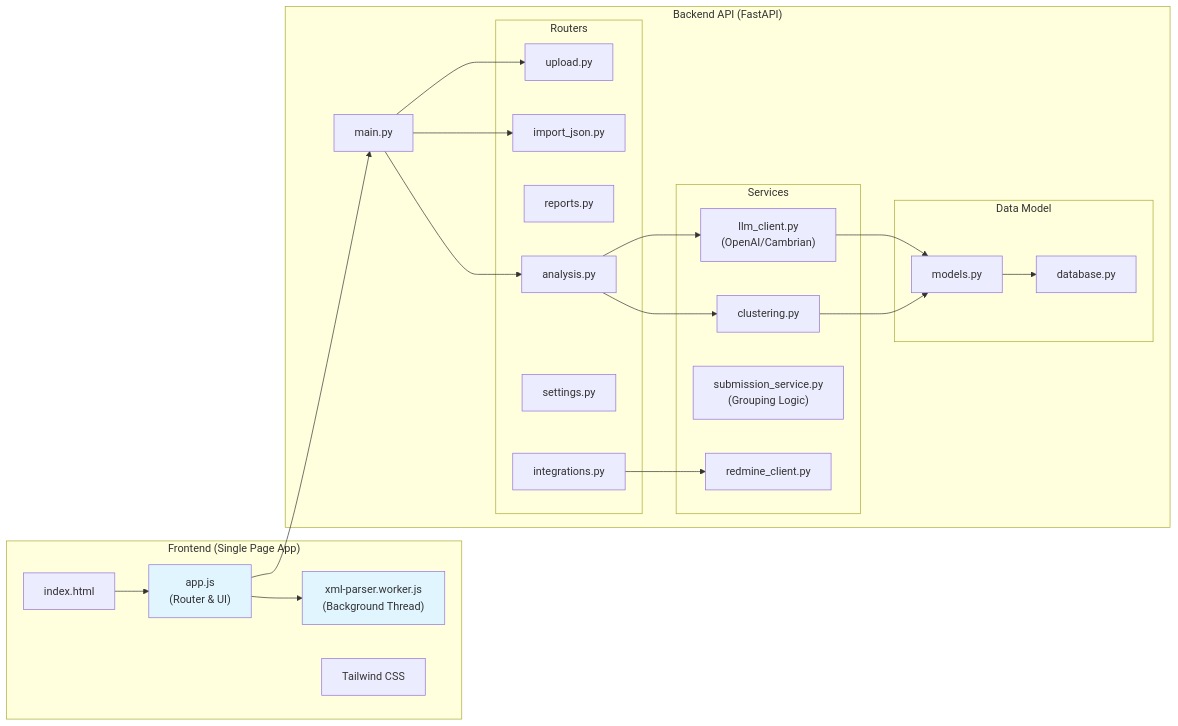
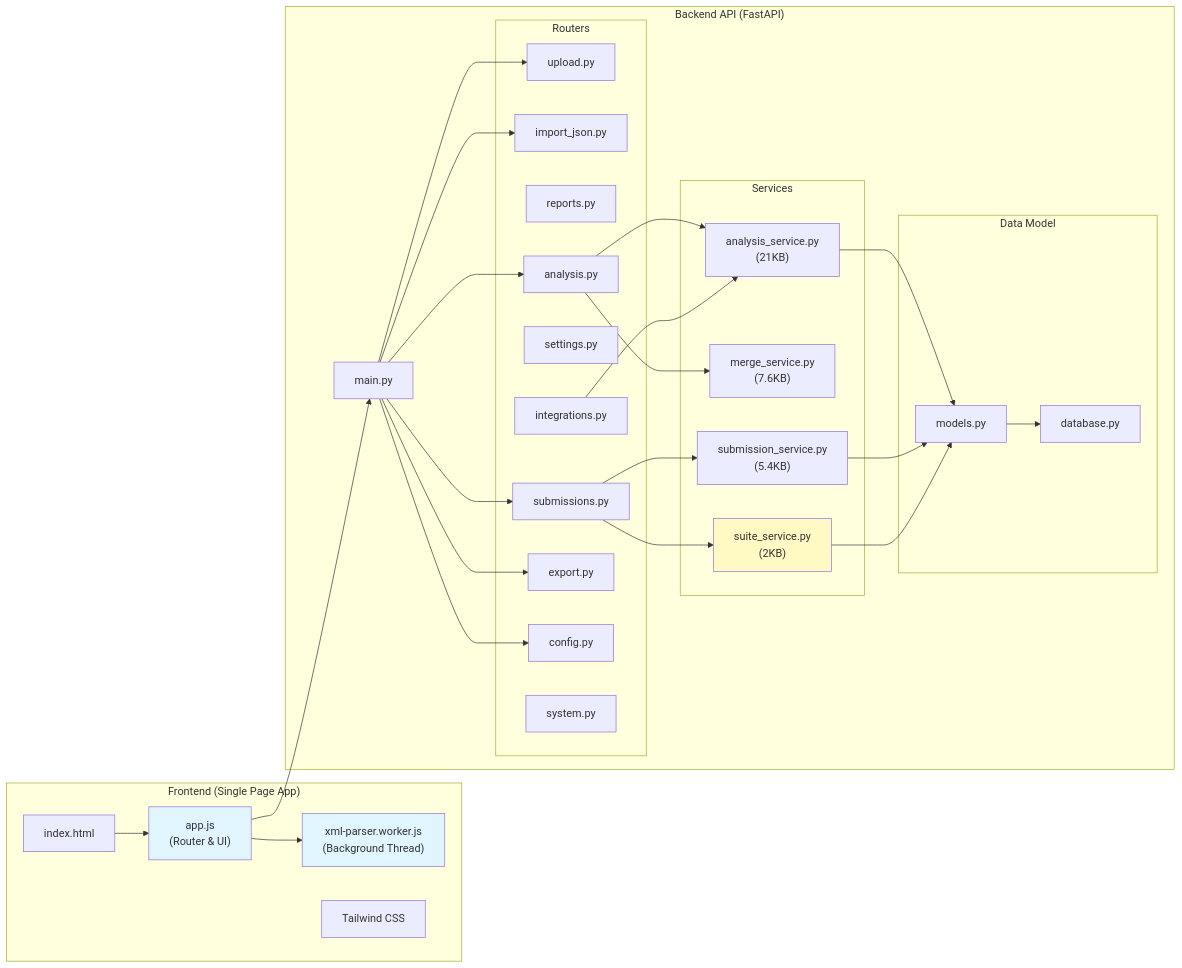
The second of 6 diagrams in docs/ARCHITECTURE.md (seen0722/GMS-helper), drawn with Mermaid before and after one commit. The commit also changed other lines of this file and 24 other files, not shown here.

````diff
--- a/docs/ARCHITECTURE.md
+++ b/docs/ARCHITECTURE.md
@@ -75,53 +84,64 @@
 ```mermaid
 graph LR
     subgraph "Frontend (Single Page App)"
         HTML["index.html"]
         JS["app.js<br/>(Router & UI)"]
         Worker["xml-parser.worker.js<br/>(Background Thread)"]
         CSS["Tailwind CSS"]
     end
     
     subgraph "Backend API (FastAPI)"
         Main["main.py"]
         
         subgraph "Routers"
             UploadRouter["upload.py"]
             ImportRouter["import_json.py"]
             ReportsRouter["reports.py"]
             AnalysisRouter["analysis.py"]
             SettingsRouter["settings.py"]
             IntegrationsRouter["integrations.py"]
+            SubmissionsRouter["submissions.py"]
+            ExportRouter["export.py"]
+            ConfigRouter["config.py"]
+            SystemRouter["system.py"]
         end
         
         subgraph "Services"
-            LLMClient["llm_client.py<br/>(OpenAI/Cambrian)"]
-            ClusterEngine["clustering.py"]
-            SubmissionService["submission_service.py<br/>(Grouping Logic)"]
-            RedmineClient["redmine_client.py"]
+            AnalysisService["analysis_service.py<br/>(21KB)"]
+            MergeService["merge_service.py<br/>(7.6KB)"]
+            SubmissionService["submission_service.py<br/>(5.4KB)"]
+            SuiteService["suite_service.py<br/>(2KB)"]
         end
         
         subgraph "Data Model"
             Models["models.py"]
             Database["database.py"]
         end
     end
     
     HTML --> JS
     JS --> Worker
     JS --> Main
     
     Main --> UploadRouter
     Main --> ImportRouter
     Main --> AnalysisRouter
+    Main --> SubmissionsRouter
+    Main --> ExportRouter
+    Main --> ConfigRouter
     
-    AnalysisRouter --> LLMClient
-    AnalysisRouter --> ClusterEngine
-    IntegrationsRouter --> RedmineClient
+    AnalysisRouter --> AnalysisService
+    AnalysisRouter --> MergeService
+    SubmissionsRouter --> SubmissionService
+    SubmissionsRouter --> SuiteService
+    IntegrationsRouter --> AnalysisService
     
-    LLMClient --> Models
-    ClusterEngine --> Models
+    AnalysisService --> Models
+    SubmissionService --> Models
+    SuiteService --> Models
     Models --> Database
     
     style JS fill:#e1f5ff
     style Worker fill:#e1f5ff
+    style SuiteService fill:#fff9c4
 ```
````
